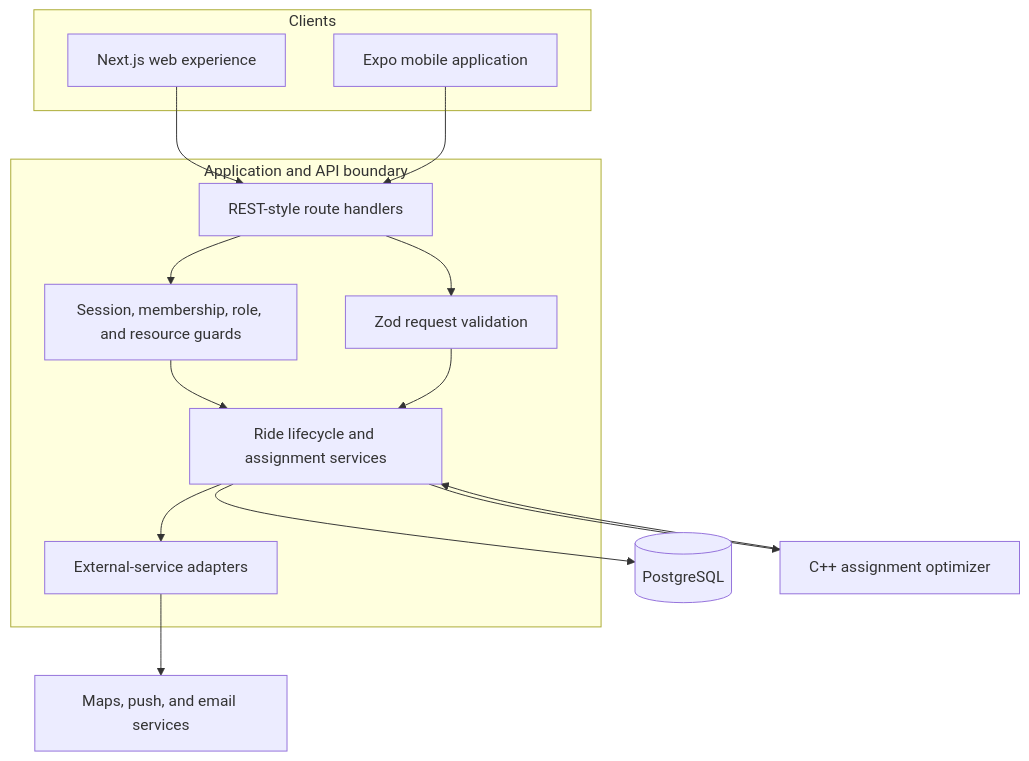
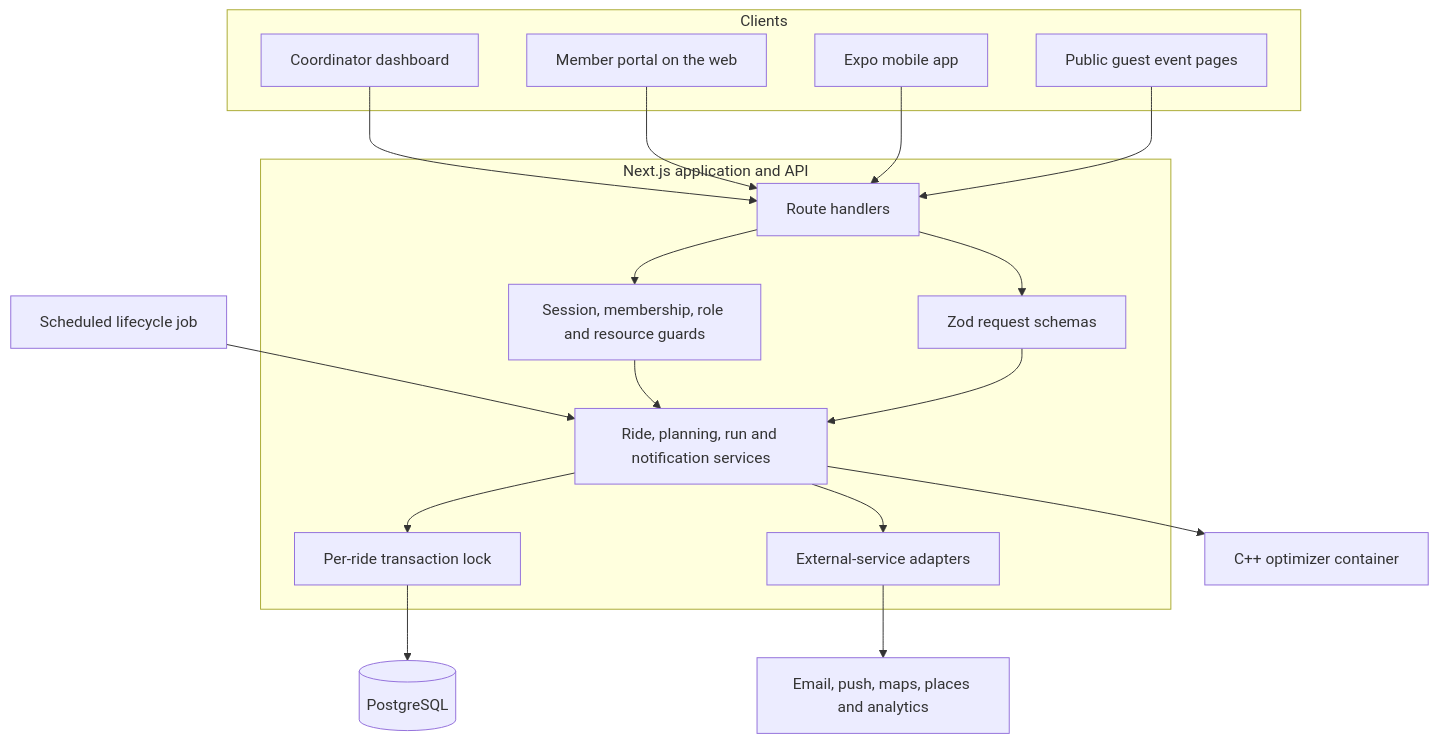
The first of 4 diagrams in docs/architecture.md (x8n-0/ridesmart-technical-case-study), drawn with Mermaid before and after one commit. The commit also changed other lines of this file and 6 other files, not shown here.

````diff
--- a/docs/architecture.md
+++ b/docs/architecture.md
@@ -7,31 +7,34 @@
 ```mermaid
 flowchart TB
     subgraph Clients
-        Web[Next.js web experience]
-        Mobile[Expo mobile application]
+        Dash[Coordinator dashboard]
+        Portal[Member portal on the web]
+        Mobile[Expo mobile app]
+        Guest[Public guest event pages]
     end
 
-    subgraph Application[Application and API boundary]
-        Routes[REST-style route handlers]
-        Guards[Session, membership, role, and resource guards]
-        Validation[Zod request validation]
-        Domain[Ride lifecycle and assignment services]
+    subgraph Application[Next.js application and API]
+        Routes[Route handlers]
+        Guards[Session, membership, role and resource guards]
+        Validation[Zod request schemas]
+        Domain[Ride, planning, run and notification services]
+        Lock[Per-ride transaction lock]
         Adapters[External-service adapters]
     end
 
+    Cron[Scheduled lifecycle job]
     Database[(PostgreSQL)]
-    Optimizer[C++ assignment optimizer]
-    External[Maps, push, and email services]
+    Optimizer[C++ optimizer container]
+    External[Email, push, maps, places and analytics]
 
-    Web --> Routes
+    Dash --> Routes
+    Portal --> Routes
     Mobile --> Routes
-    Routes --> Guards
-    Routes --> Validation
-    Guards --> Domain
-    Validation --> Domain
-    Domain --> Database
+    Guest --> Routes
+    Cron --> Domain
+    Routes --> Guards --> Domain
+    Routes --> Validation --> Domain
+    Domain --> Lock --> Database
     Domain --> Optimizer
-    Optimizer --> Domain
-    Domain --> Adapters
-    Adapters --> External
+    Domain --> Adapters --> External
 ```
````
